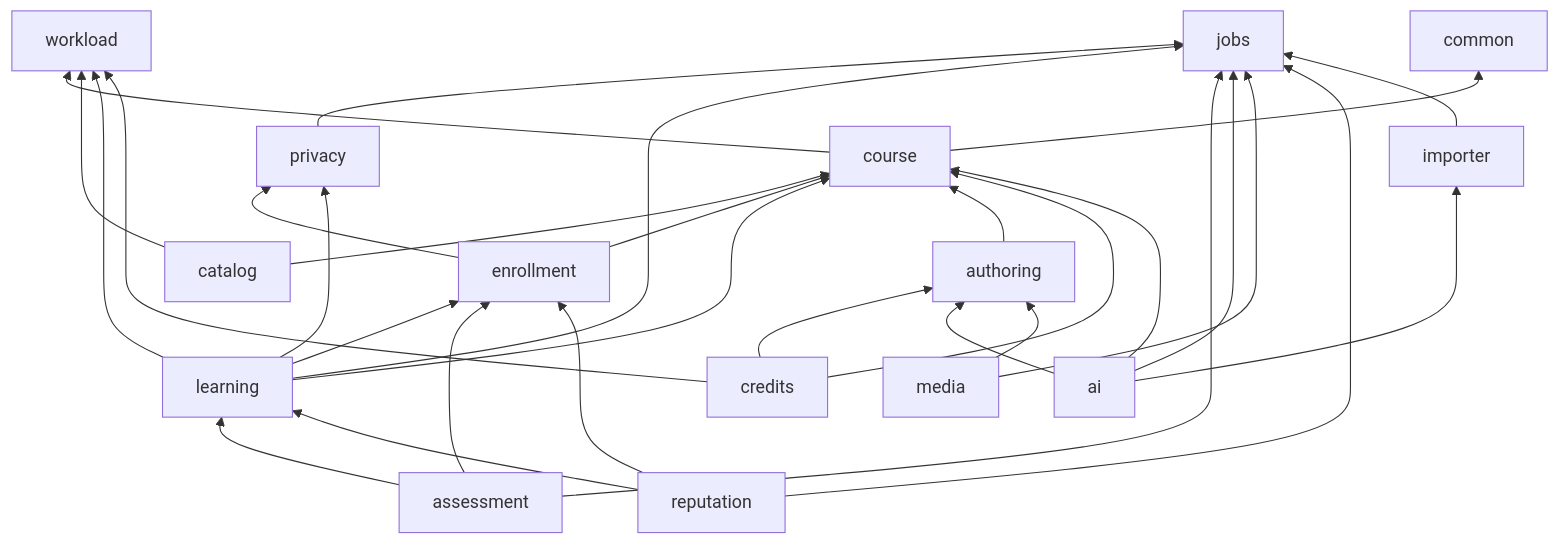
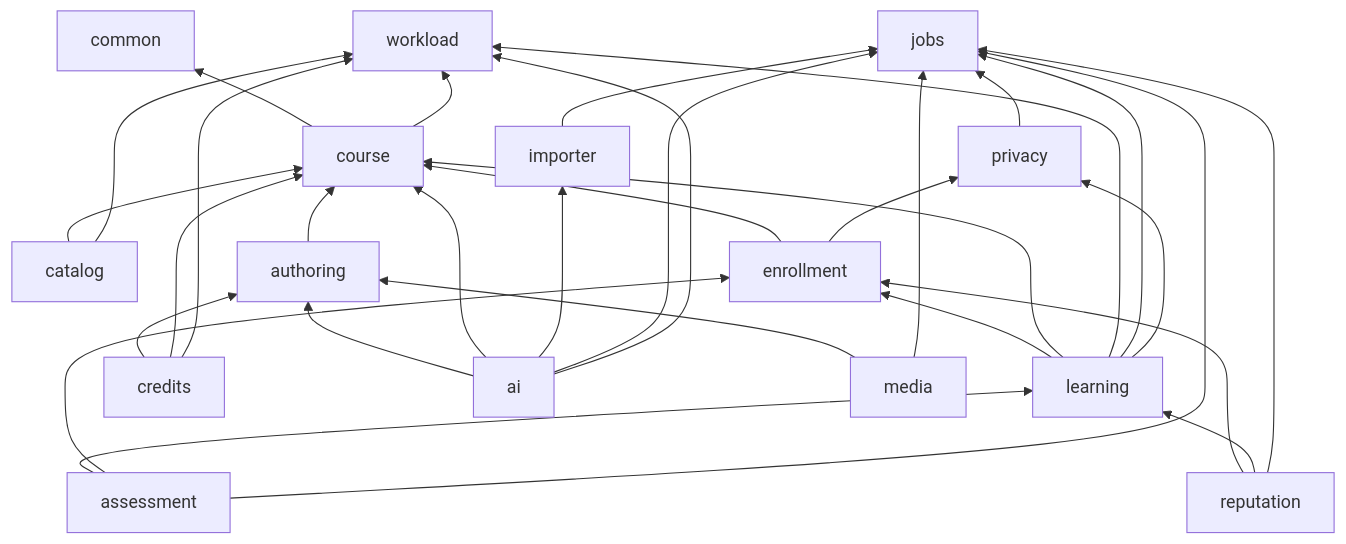
Before and after one commit to wasichai/elearning-backend: the second of 3 diagrams in docs/architecture/overview.md, drawn with Mermaid. The commit also changed 18 other files, not shown here.

````diff
--- a/docs/architecture/overview.md
+++ b/docs/architecture/overview.md
@@ -115,36 +115,37 @@
 ```mermaid
 flowchart BT
     common
     workload
     jobs
     course --> common
     course --> workload
     catalog --> course
     catalog --> workload
     enrollment --> course
     enrollment --> privacy
     privacy --> jobs
     learning --> enrollment
     learning --> course
     learning --> workload
     learning --> jobs
     learning --> privacy
     assessment --> learning
     assessment --> enrollment
     assessment --> jobs
     authoring --> course
     credits --> authoring
     credits --> course
     credits --> workload
     importer
     ai --> authoring
     ai --> course
     ai --> importer
     ai --> jobs
+    ai --> workload
     media --> authoring
     media --> jobs
     reputation --> enrollment
     reputation --> learning
     reputation --> jobs
     importer --> jobs
 ```
````
